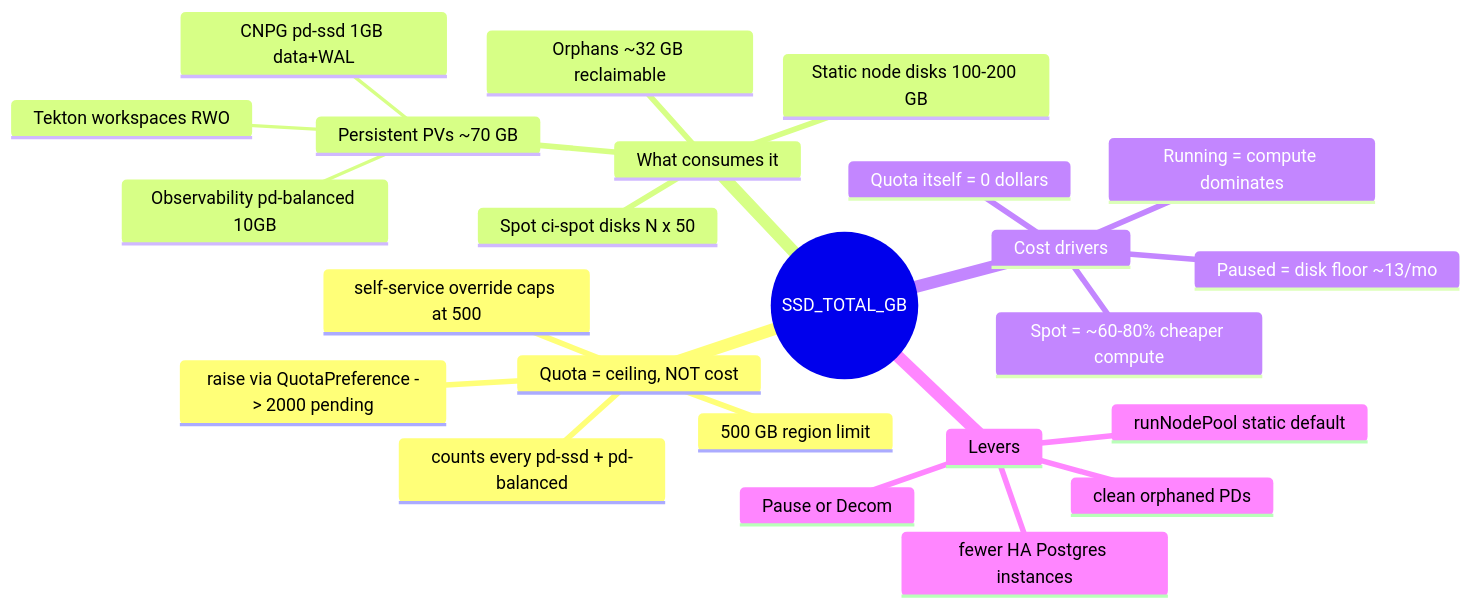
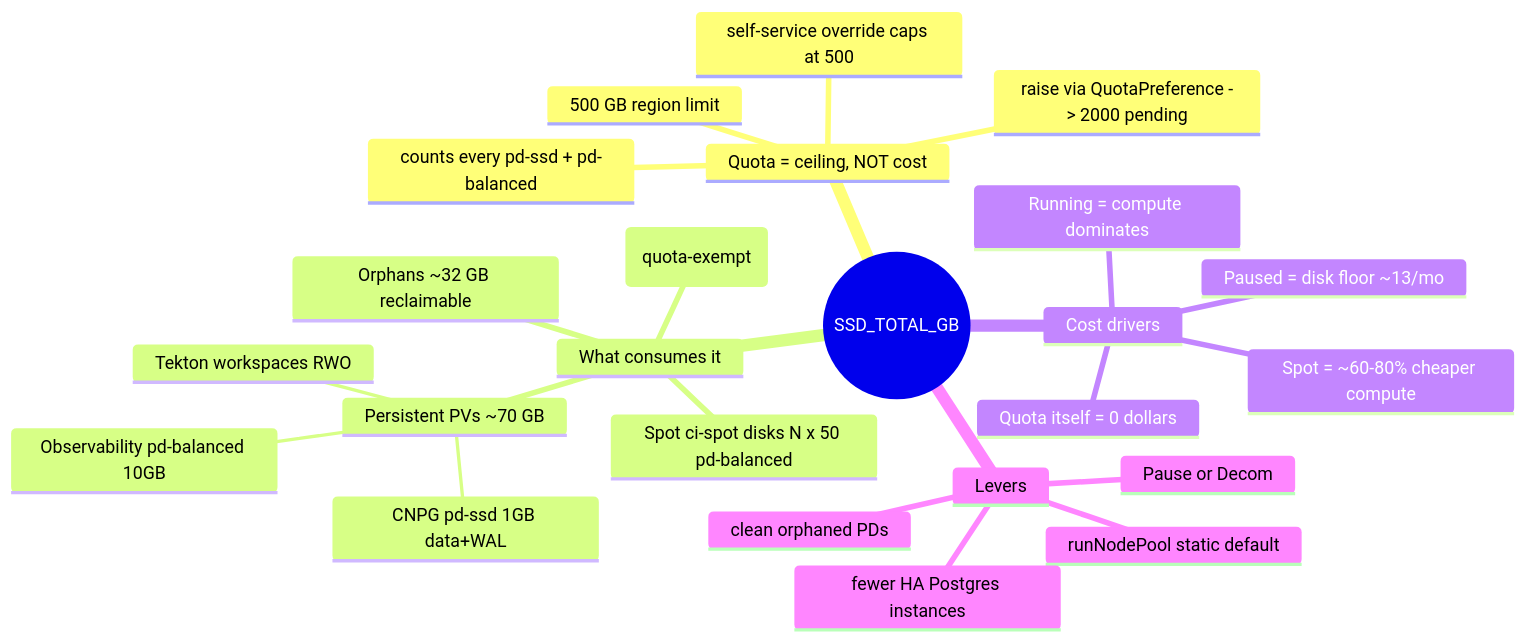
One commit to nubenetes/jenkins-2026 changed the third of 12 diagrams in docs/501-PLATFORM_OPERATIONS.md. Above: the diagram before and after it, drawn with Mermaid. The commit also changed other lines of this file and 48 other files, not shown here.

````diff
--- a/docs/501-PLATFORM_OPERATIONS.md
+++ b/docs/501-PLATFORM_OPERATIONS.md
@@ -277,27 +285,27 @@
 ```mermaid
 mindmap
   root((SSD_TOTAL_GB))
     Quota = ceiling, NOT cost
       500 GB region limit
       counts every pd-ssd + pd-balanced
       self-service override caps at 500
       raise via QuotaPreference -> 2000 pending
     What consumes it
       Persistent PVs ~70 GB
         CNPG pd-ssd 1GB data+WAL
         Observability pd-balanced 10GB
         Tekton workspaces RWO
-      Static node disks 100-200 GB
-      Spot ci-spot disks N x 50
+      Static boot = pd-standard (quota-exempt)
+      Spot ci-spot disks N x 50 pd-balanced
       Orphans ~32 GB reclaimable
     Cost drivers
       Quota itself = 0 dollars
       Paused = disk floor ~13/mo
       Running = compute dominates
       Spot = ~60-80% cheaper compute
     Levers
       runNodePool static default
       Pause or Decom
       clean orphaned PDs
       fewer HA Postgres instances
 ```
````
